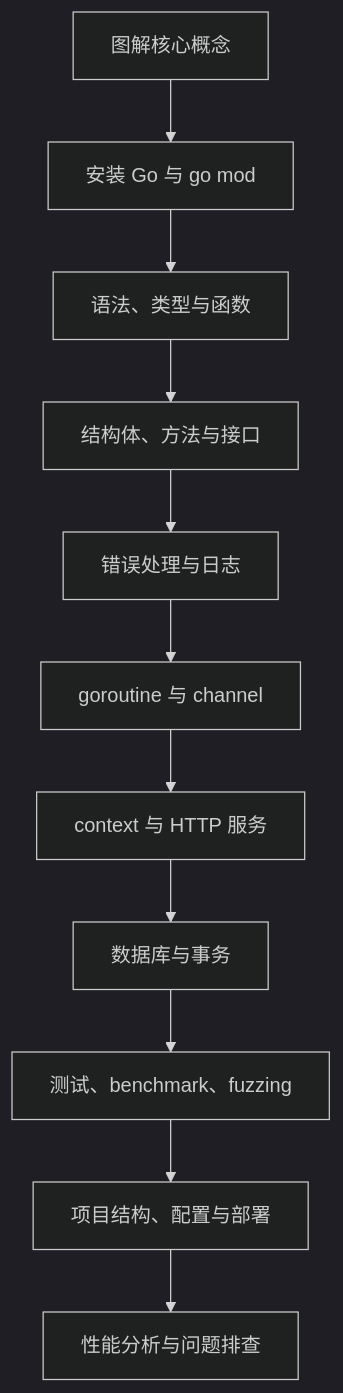
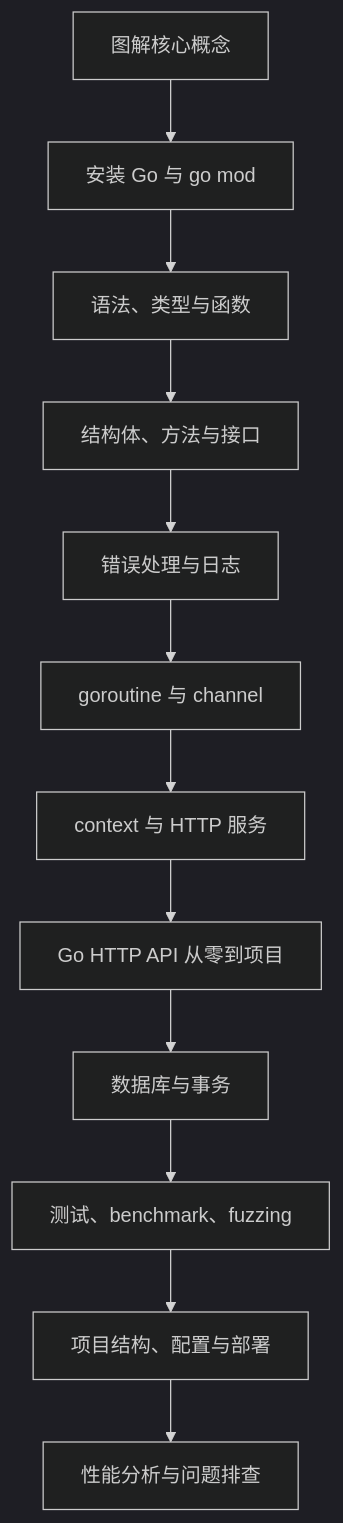
Before and after one commit to yokry-he/yok-study-web: the first of 2 diagrams in docs/go/introduction.md, drawn with Mermaid (dark theme). The commit also changed other lines of this file and 6 other files, not shown here.

Commit message:
docs: add go http api project guide

````diff
--- a/docs/go/introduction.md
+++ b/docs/go/introduction.md
@@ -29,13 +29,14 @@
 ```mermaid
 flowchart TD
   A[图解核心概念] --> B[安装 Go 与 go mod]
   B --> C[语法、类型与函数]
   C --> D[结构体、方法与接口]
   D --> E[错误处理与日志]
   E --> F[goroutine 与 channel]
   F --> G[context 与 HTTP 服务]
-  G --> H[数据库与事务]
-  H --> I[测试、benchmark、fuzzing]
-  I --> J[项目结构、配置与部署]
-  J --> K[性能分析与问题排查]
+  G --> H[Go HTTP API 从零到项目]
+  H --> I[数据库与事务]
+  I --> J[测试、benchmark、fuzzing]
+  J --> K[项目结构、配置与部署]
+  K --> L[性能分析与问题排查]
 ```
````
